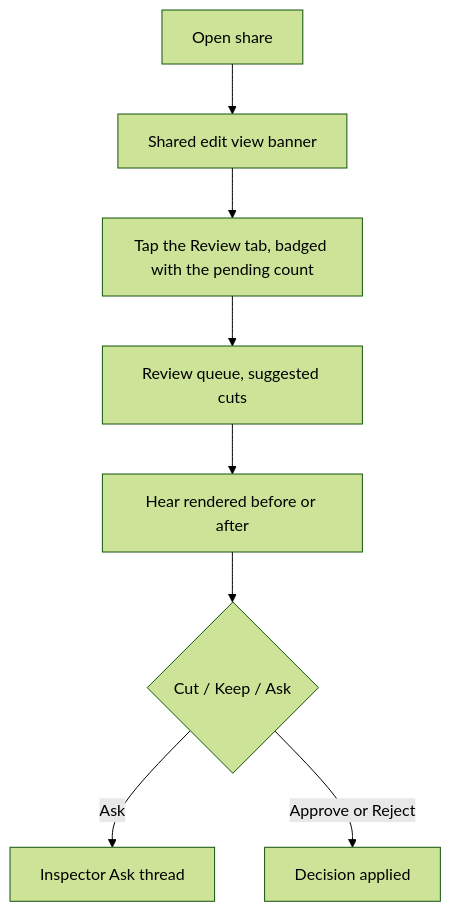
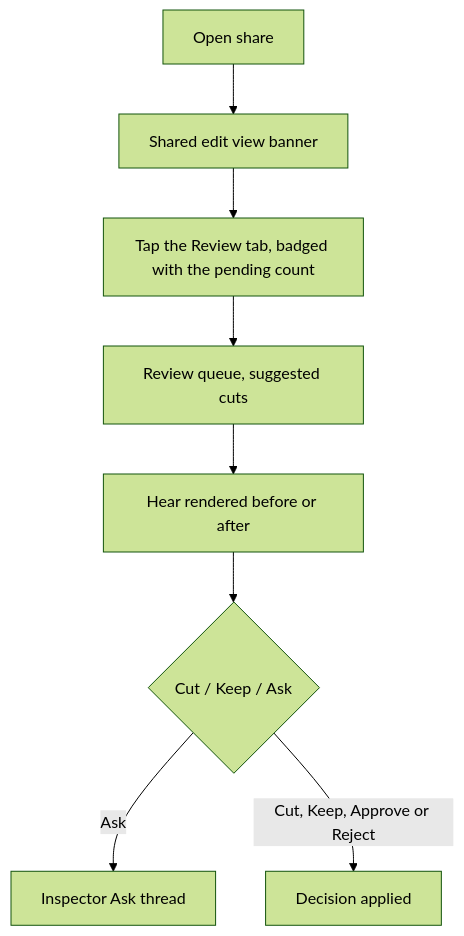
The third of 6 diagrams in ux/pages/guest-journeys.md (calebn/sharecut-studio), drawn with Mermaid (forest theme) before and after one commit. The commit also changed other lines of this file and 7 other files, not shown here.

````diff
--- a/ux/pages/guest-journeys.md
+++ b/ux/pages/guest-journeys.md
@@ -96,10 +96,10 @@
 ```mermaid
 flowchart TD
   open[Open share] --> banner[Shared edit view banner]
   banner --> chip[Tap the Review tab, badged with the pending count]
   chip --> tl[Review queue, suggested cuts]
   tl --> audition[Hear rendered before or after]
   audition --> decide{Cut / Keep / Ask}
   decide -->|Ask| thread[Inspector Ask thread]
-  decide -->|Approve or Reject| done[Decision applied]
+  decide -->|Cut, Keep, Approve or Reject| done[Decision applied]
 ```
````
